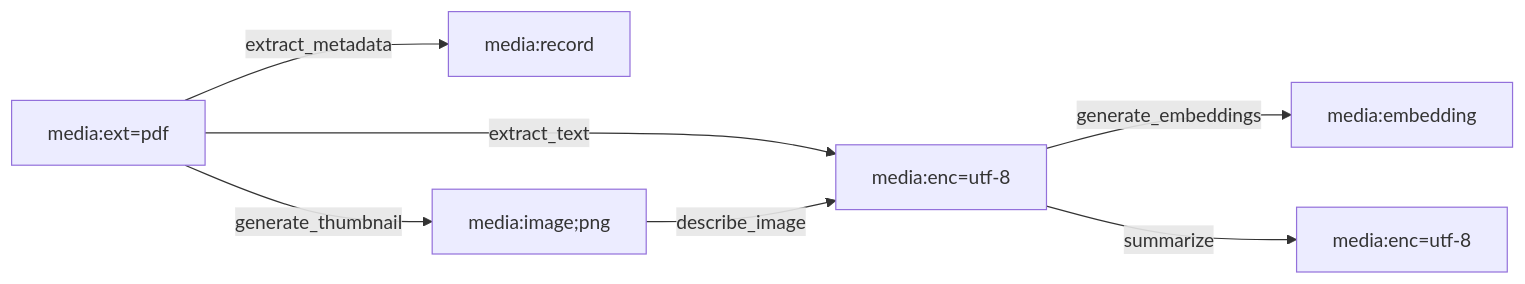
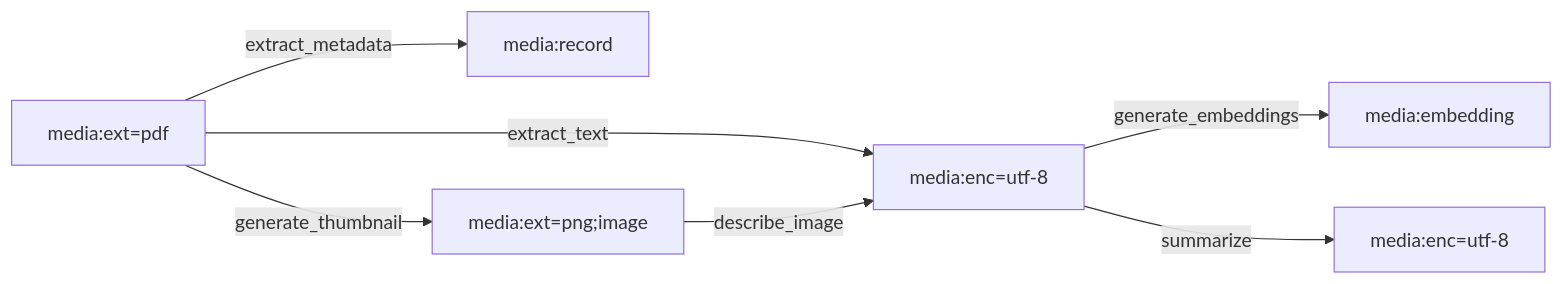
Before and after one commit to machinefabric/capdag: the first of 3 diagrams in docs/15.4-planner.md, drawn with Mermaid. The commit also changed 24 other files, not shown here.

````diff
--- a/docs/15.4-planner.md
+++ b/docs/15.4-planner.md
@@ -20,9 +20,9 @@
 ```mermaid
 graph LR
     PDF["media:ext=pdf"] -->|extract_metadata| REC["media:record"]
-    PDF -->|generate_thumbnail| IMG["media:image;png"]
+    PDF -->|generate_thumbnail| IMG["media:ext=png;image"]
     PDF -->|extract_text| TXT["media:enc=utf-8"]
     TXT -->|generate_embeddings| EMB["media:embedding"]
     TXT -->|summarize| TXT2["media:enc=utf-8"]
     IMG -->|describe_image| TXT
 ```
````
